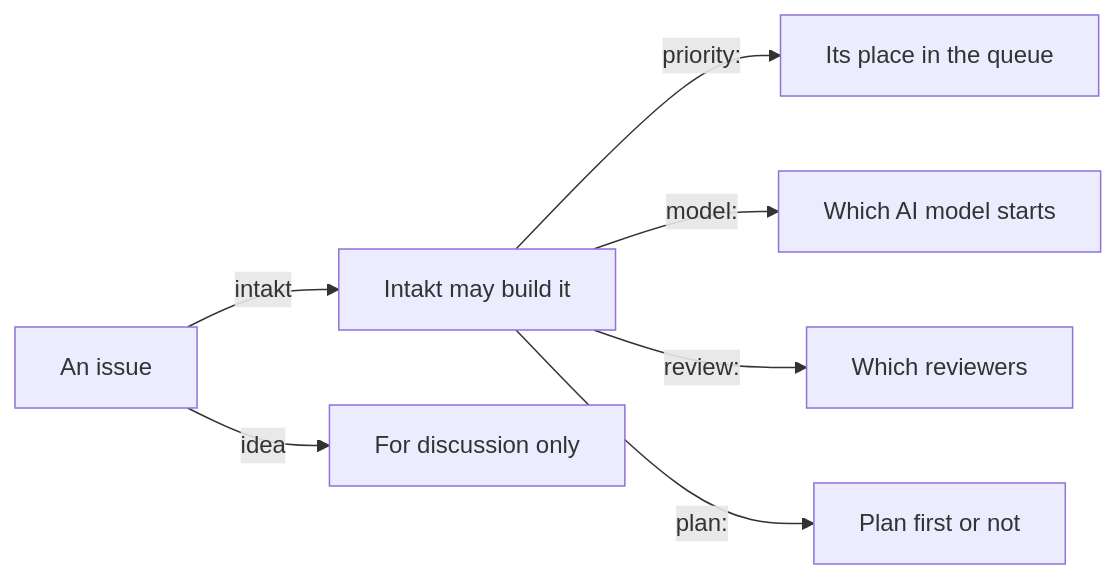
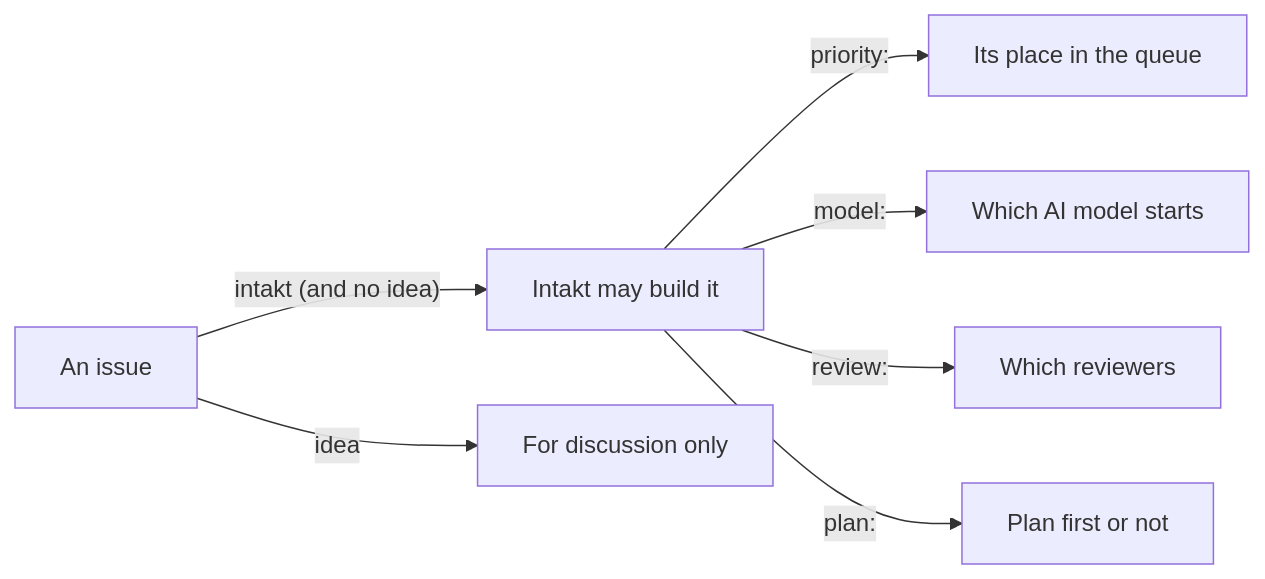
One commit to shinyredapples/intakt changed the diagram in docs/guide/steering-intakt.md. Above: the diagram before and after it, drawn with Mermaid.

Commit message:
docs(guide): show that idea wins over intakt in the labels diagram

````diff
--- a/docs/guide/steering-intakt.md
+++ b/docs/guide/steering-intakt.md
@@ -9,9 +9,9 @@
 ```mermaid
 flowchart LR
-  issue[An issue] -- intakt --> eligible[Intakt may build it]
+  issue[An issue] -- "intakt (and no idea)" --> eligible[Intakt may build it]
   issue -- idea --> discussion[For discussion only]
   eligible -- "priority:" --> order[Its place in the queue]
   eligible -- "model:" --> tier[Which AI model starts]
   eligible -- "review:" --> panel[Which reviewers]
   eligible -- "plan:" --> plan[Plan first or not]
 ```
````
